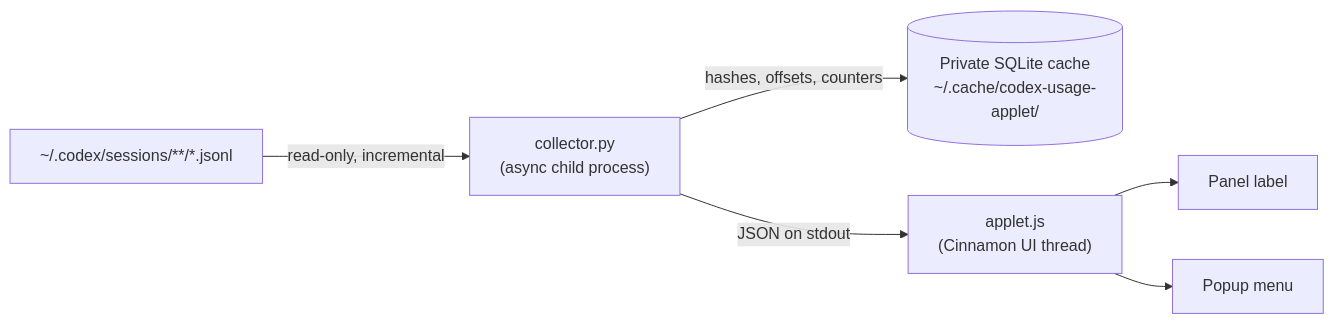
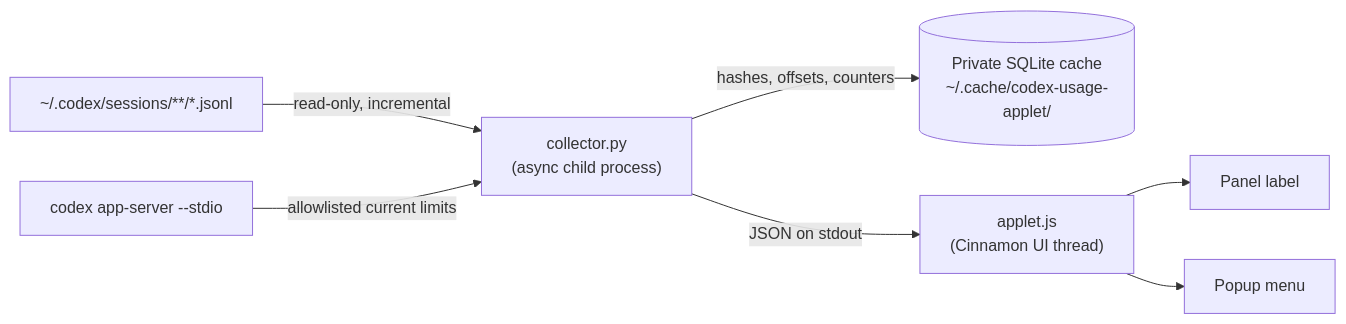
The diagram in README.md (Pilag6/codex-usage-applet), drawn with Mermaid before and after one commit. The commit also changed other lines of this file and 5 other files, not shown here.

````diff
--- a/README.md
+++ b/README.md
@@ -118,8 +119,9 @@
 ```mermaid
 flowchart LR
     A["~/.codex/sessions/**/*.jsonl"] -->|read-only, incremental| B["collector.py<br/>(async child process)"]
+    G["codex app-server --stdio"] -->|allowlisted current limits| B
     B -->|hashes, offsets, counters| C[("Private SQLite cache<br/>~/.cache/codex-usage-applet/")]
     B -->|JSON on stdout| D["applet.js<br/>(Cinnamon UI thread)"]
     D --> E[Panel label]
     D --> F[Popup menu]
 ```
````
